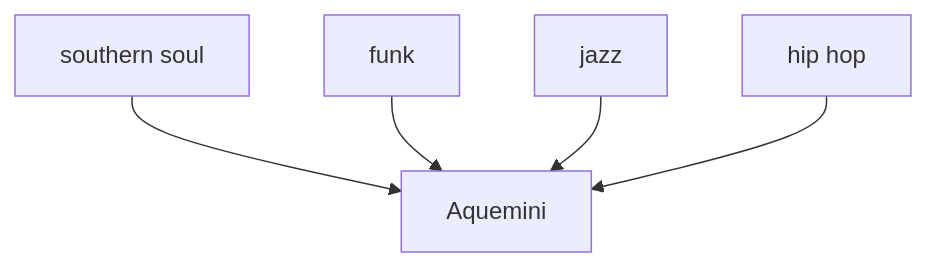
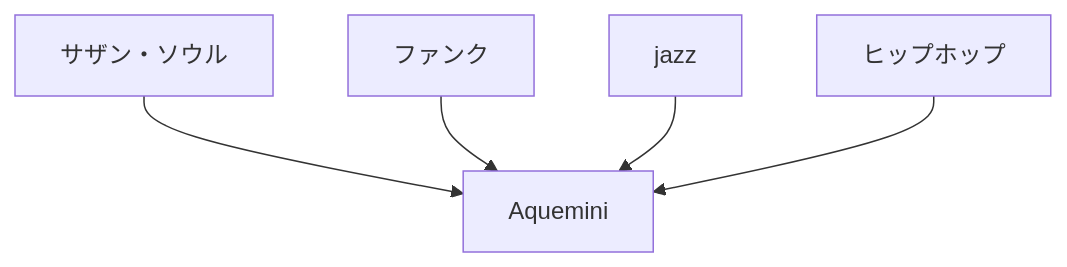
The tenth of 10 diagrams in en/_posts/2026-07-02-column-influential-album-04.md (monumental-movement/monumental-movement.github.io), drawn with Mermaid before and after one commit. The commit also changed other lines of this file and 2196 other files, not shown here.

```diff
--- a/en/_posts/2026-07-02-column-influential-album-04.md
+++ b/en/_posts/2026-07-02-column-influential-album-04.md
@@ -1109,14 +1109,14 @@
 <div class="mermaid">
 flowchart TD
-A[southern soul]
-B[funk]
+A[サザン・ソウル]
+B[ファンク]
 C[jazz]
-D[hip hop]
+D[ヒップホップ]
 E[Aquemini]
 
 A --> E
 B --> E
 C --> E
 D --> E
 
 </div>
```
